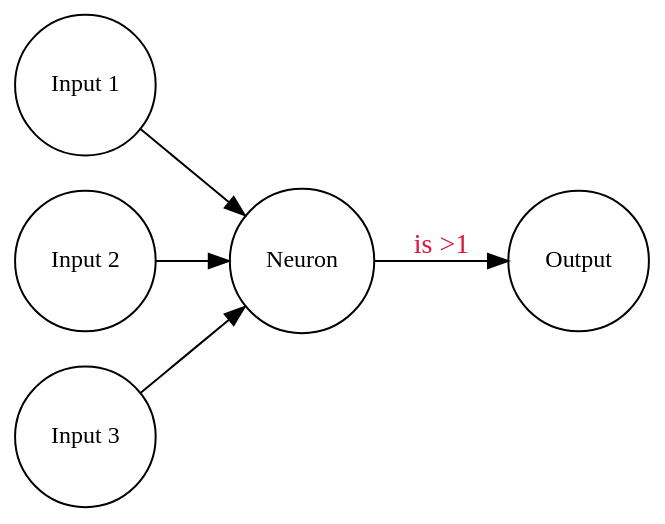
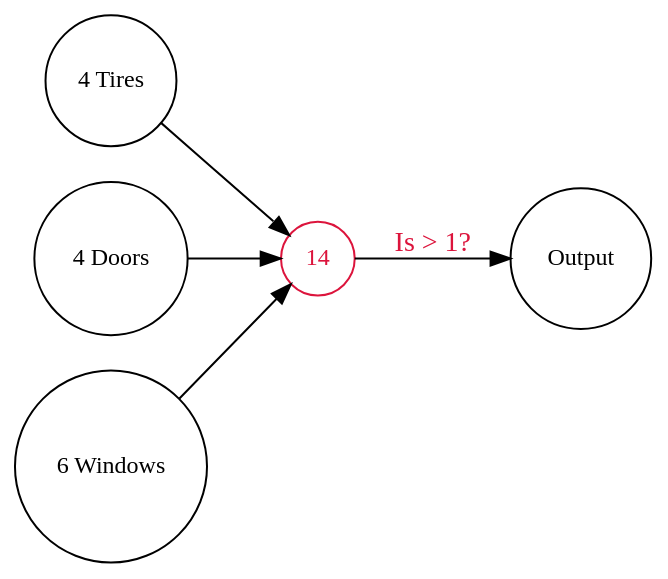
One commit to sethfair/deep-learning-presentation changed the diagram in dot/5_1.dot. Above: the diagram before and after it, drawn with Graphviz.

```diff
--- a/dot/5_1.dot
+++ b/dot/5_1.dot
@@ -1,13 +1,15 @@
 digraph {
     graph [fontname = "Handlee"];
     node [fontname = "Handlee"];
     edge [fontname = "Handlee"];
     bgcolor=transparent;
     splines=line
     rankdir=LR;
     node [shape="circle", fontsize=12];
-    "Input 1" -> "Neuron";
-    "Input 2" -> "Neuron";
-    "Input 3" -> "Neuron";
-    "Neuron" -> "Output" [label="is >1", fontcolor="crimson"];
+    "4 Tires" -> "14";
+    "4 Doors" -> "14";
+    "6 Windows" -> "14";
+    "14" -> "Output" [label="Is > 1?", fontcolor="crimson"];
+    
+    "14" [color="crimson", fontcolor="crimson"]
 }
```
